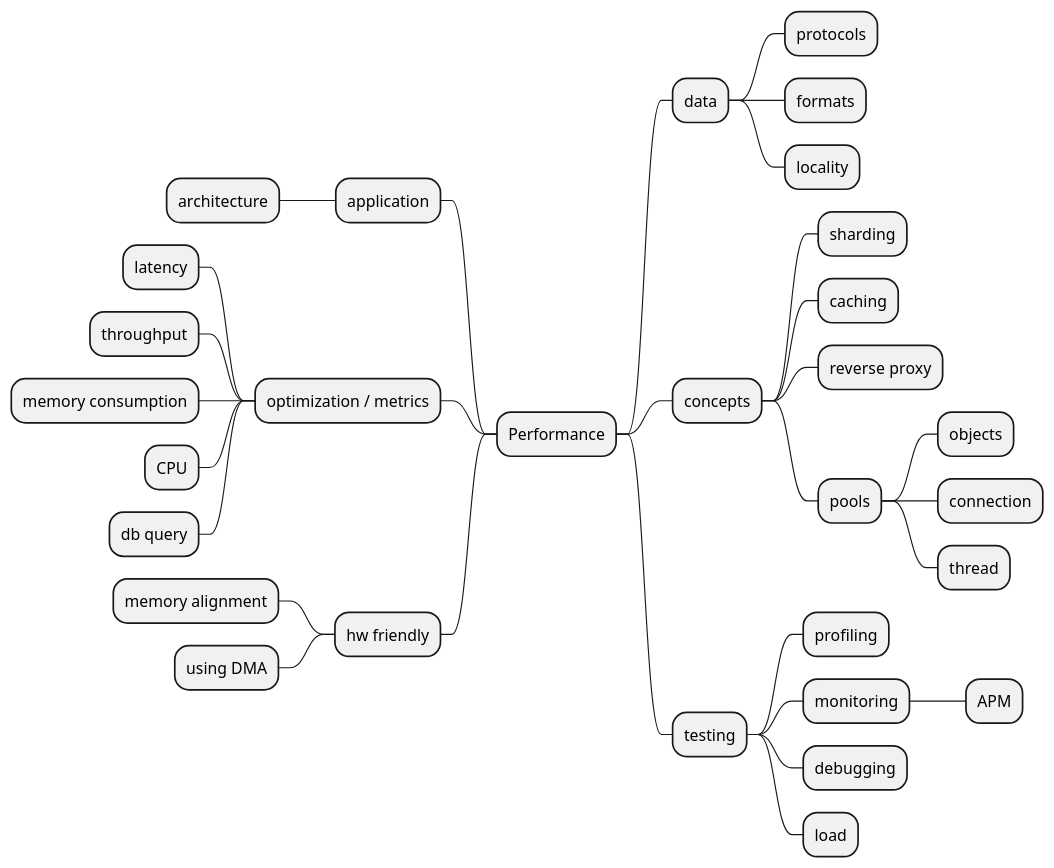
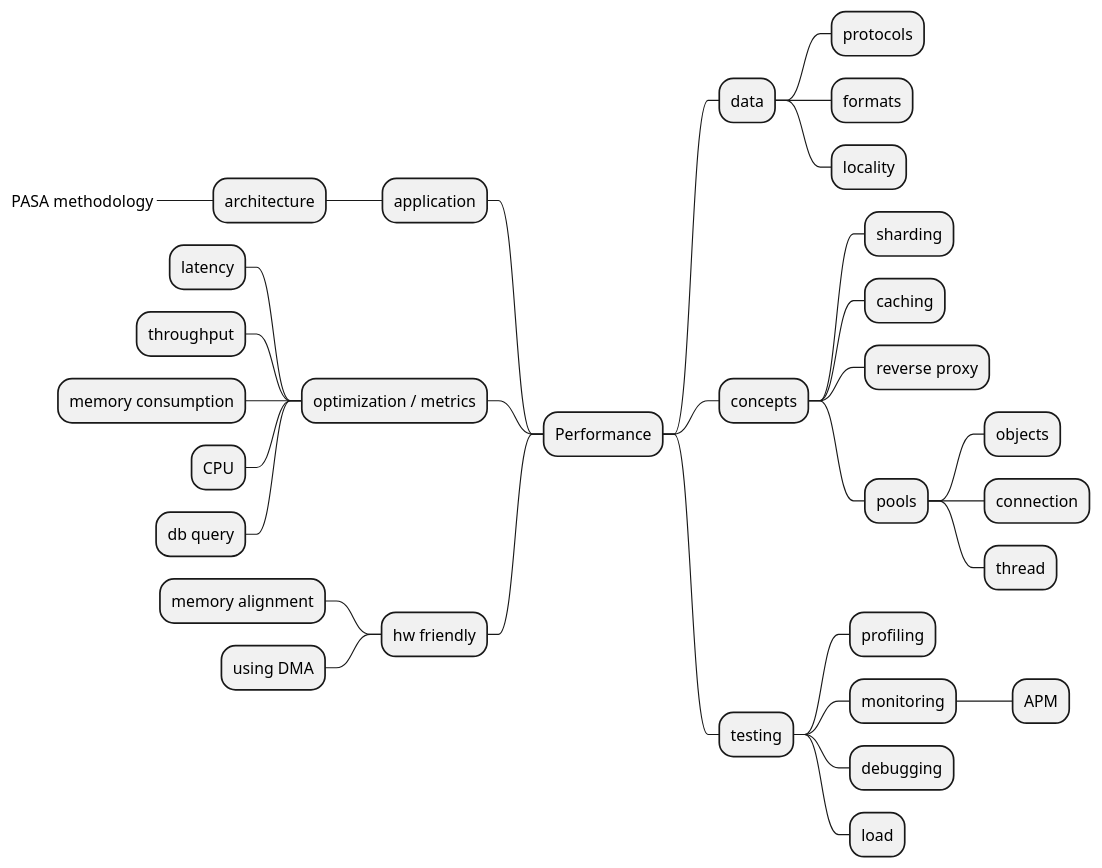
The diagram in performance-roadmap.iuml (levplotkin/performance-roadmap), drawn with PlantUML before and after one commit.

```diff
--- a/performance-roadmap.iuml
+++ b/performance-roadmap.iuml
@@ -1,34 +1,35 @@
 @startmindmap
 * Performance
  * data
   * protocols
   * formats
   * locality
  * concepts
   * sharding
   * caching
   * reverse proxy
   * pools
    * objects
    * connection
    * thread
  * testing
   * profiling
   * monitoring
    * APM
   * debugging
   * load
  left side
  * application
   * architecture
+   *_ PASA methodology
  * optimization / metrics
   * latency
   * throughput
   * memory consumption
   * CPU
   * db query
  * hw friendly
   * memory alignment
   * using DMA
 
 @endmindmap
```
